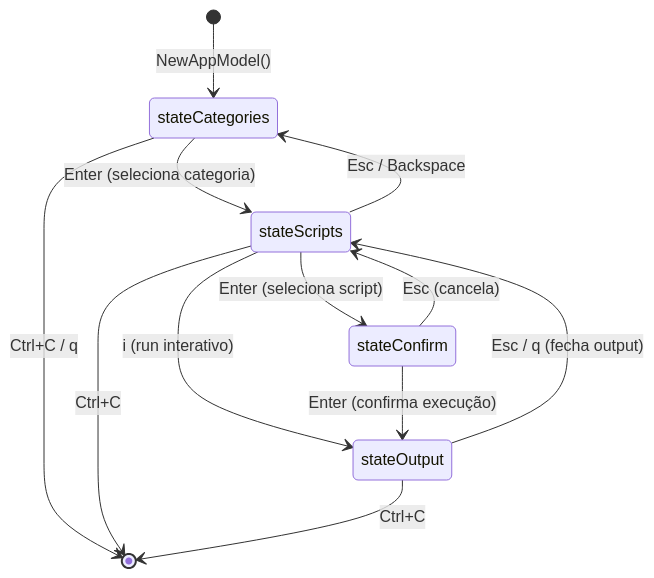
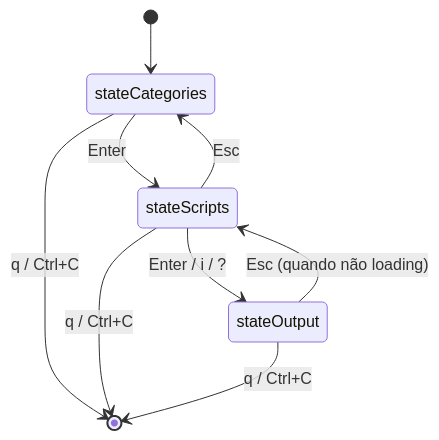
One commit to brunoomariano/ShotGum-Toolchain changed the first of 2 diagrams in docs/PRDs/02-tui-state-machine.md. Above: the diagram before and after it, drawn with Mermaid. The commit also changed other lines of this file and 11 other files, not shown here.

````diff
--- a/docs/PRDs/02-tui-state-machine.md
+++ b/docs/PRDs/02-tui-state-machine.md
@@ -11,16 +9,11 @@
 ```mermaid
 stateDiagram-v2
-    [*] --> stateCategories : NewAppModel()
-
-    stateCategories --> stateScripts : Enter (seleciona categoria)
-    stateScripts --> stateCategories : Esc / Backspace
-    stateScripts --> stateConfirm : Enter (seleciona script)
-    stateScripts --> stateOutput : i (run interativo)
-    stateConfirm --> stateScripts : Esc (cancela)
-    stateConfirm --> stateOutput : Enter (confirma execução)
-    stateOutput --> stateScripts : Esc / q (fecha output)
-
-    stateCategories --> [*] : Ctrl+C / q
-    stateScripts --> [*] : Ctrl+C
-    stateOutput --> [*] : Ctrl+C
+    [*] --> stateCategories
+    stateCategories --> stateScripts : Enter
+    stateScripts --> stateCategories : Esc
+    stateScripts --> stateOutput : Enter / i / ?
+    stateOutput --> stateScripts : Esc (quando não loading)
+    stateCategories --> [*] : q / Ctrl+C
+    stateScripts --> [*] : q / Ctrl+C
+    stateOutput --> [*] : q / Ctrl+C
 ```
````
